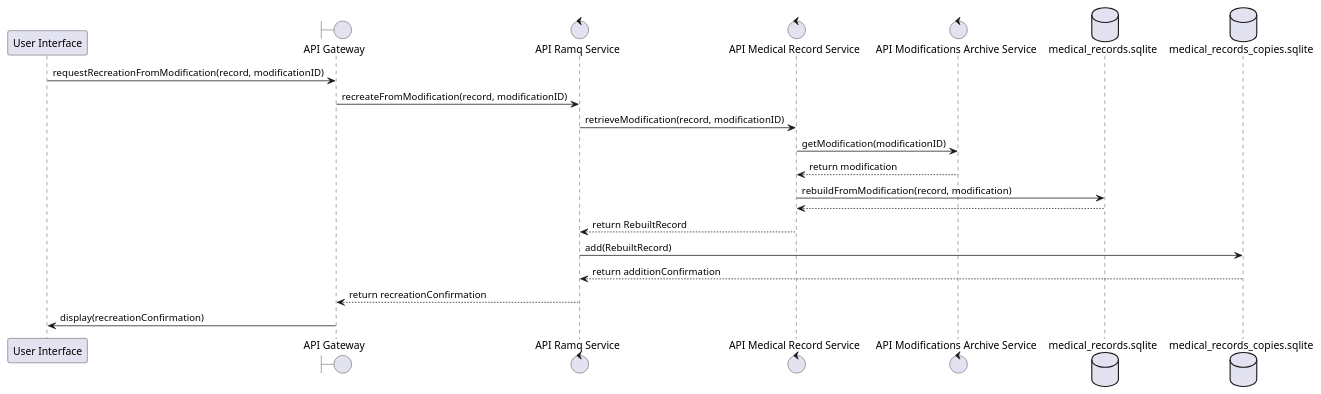
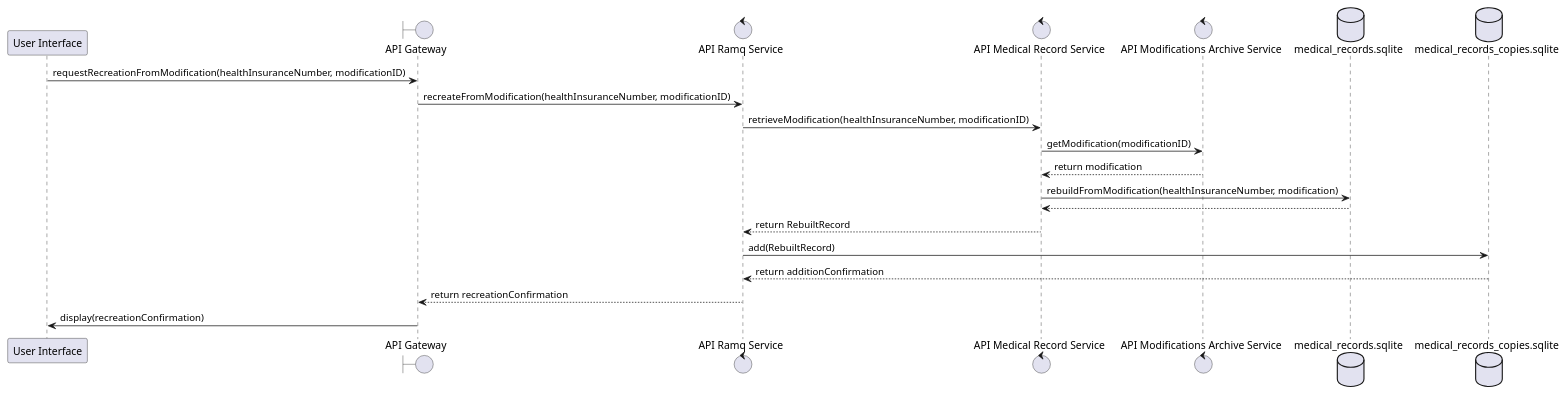
One commit to CyberFery/med changed the ninth of 14 diagrams in _models/SequenceDiagrams/sequence.puml. Above: the diagram before and after it, drawn with PlantUML. The commit also changed other lines of this file, not shown here.

```diff
--- a/_models/SequenceDiagrams/sequence.puml
+++ b/_models/SequenceDiagrams/sequence.puml
@@ -148,35 +148,36 @@
 @startuml
 participant "User Interface" as UI
 boundary "API Gateway" as Gateway
 control "API Ramq Service" as RamqService
 control "API Medical Record Service" as RecordService
 control "API Modifications Archive Service" as ArchiveService
 database "medical_records.sqlite" as MedicalDB
 database "medical_records_copies.sqlite" as RamqDB
 
 
-UI -> Gateway: requestRecreationFromModification(record, modificationID)
-Gateway -> RamqService: recreateFromModification(record, modificationID)
-RamqService -> RecordService: retrieveModification(record, modificationID)
+UI -> Gateway: requestRecreationFromModification(healthInsuranceNumber, modificationID)
+Gateway -> RamqService: recreateFromModification(healthInsuranceNumber, modificationID)
+RamqService -> RecordService: retrieveModification(healthInsuranceNumber, modificationID)
 
 
 RecordService -> ArchiveService: getModification(modificationID)
 ArchiveService --> RecordService: return modification
 
 
-RecordService -> MedicalDB: rebuildFromModification(record, modification)
+
+RecordService -> MedicalDB: rebuildFromModification(healthInsuranceNumber, modification)
 MedicalDB --> RecordService:
 
 
 RecordService --> RamqService: return RebuiltRecord
 
 
 RamqService -> RamqDB: add(RebuiltRecord)
 RamqDB --> RamqService: return additionConfirmation
 
 
 RamqService --> Gateway: return recreationConfirmation
 
 
 Gateway -> UI: display(recreationConfirmation)
 @enduml
```
